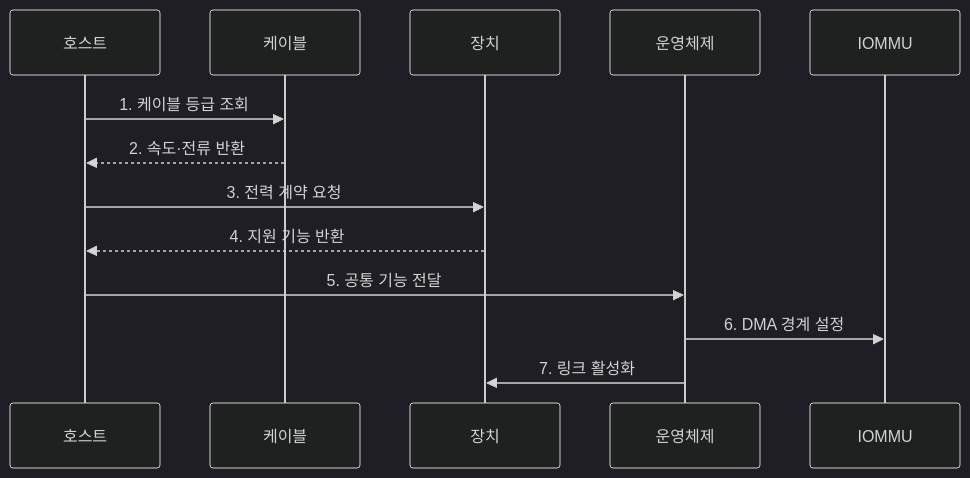
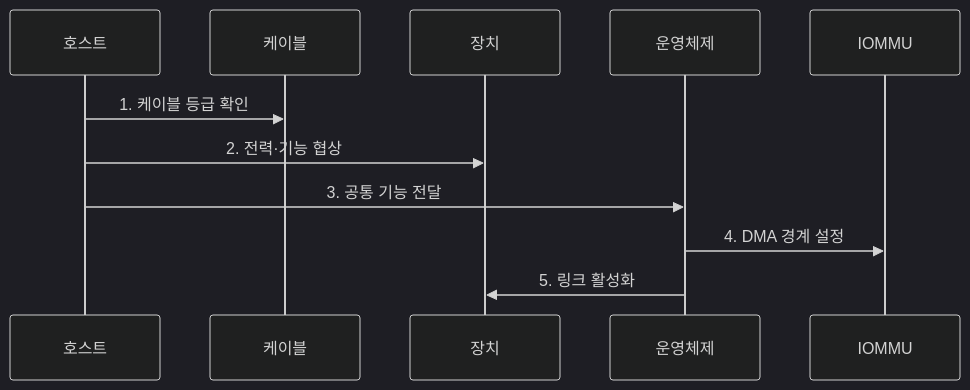
The second of 2 diagrams in src/content/docs/notes/02-hardware/088_high_speed_serial_interface.md (agnusdei1207/knowledge-base), drawn with Mermaid (dark theme) before and after one commit. The commit also changed other lines of this file and 86 other files, not shown here.

````diff
--- a/src/content/docs/notes/02-hardware/088_high_speed_serial_interface.md
+++ b/src/content/docs/notes/02-hardware/088_high_speed_serial_interface.md
@@ -89,15 +92,13 @@
 ```mermaid
 sequenceDiagram
     participant H as 호스트
     participant C as 케이블
     participant D as 장치
     participant O as 운영체제
     participant I as IOMMU
-    H->>C: 1. 케이블 등급 조회
-    C-->>H: 2. 속도·전류 반환
-    H->>D: 3. 전력 계약 요청
-    D-->>H: 4. 지원 기능 반환
-    H->>O: 5. 공통 기능 전달
-    O->>I: 6. DMA 경계 설정
-    O->>D: 7. 링크 활성화
+    H->>C: 1. 케이블 등급 확인
+    H->>D: 2. 전력·기능 협상
+    H->>O: 3. 공통 기능 전달
+    O->>I: 4. DMA 경계 설정
+    O->>D: 5. 링크 활성화
 ```
````
